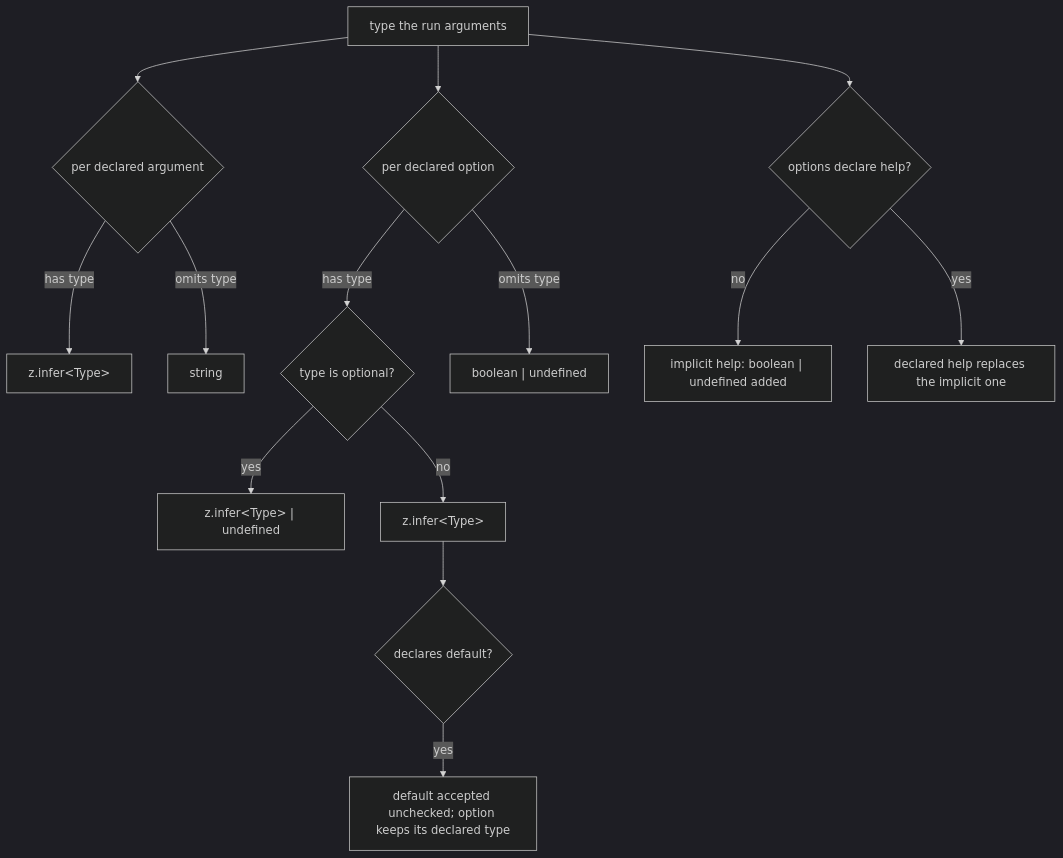
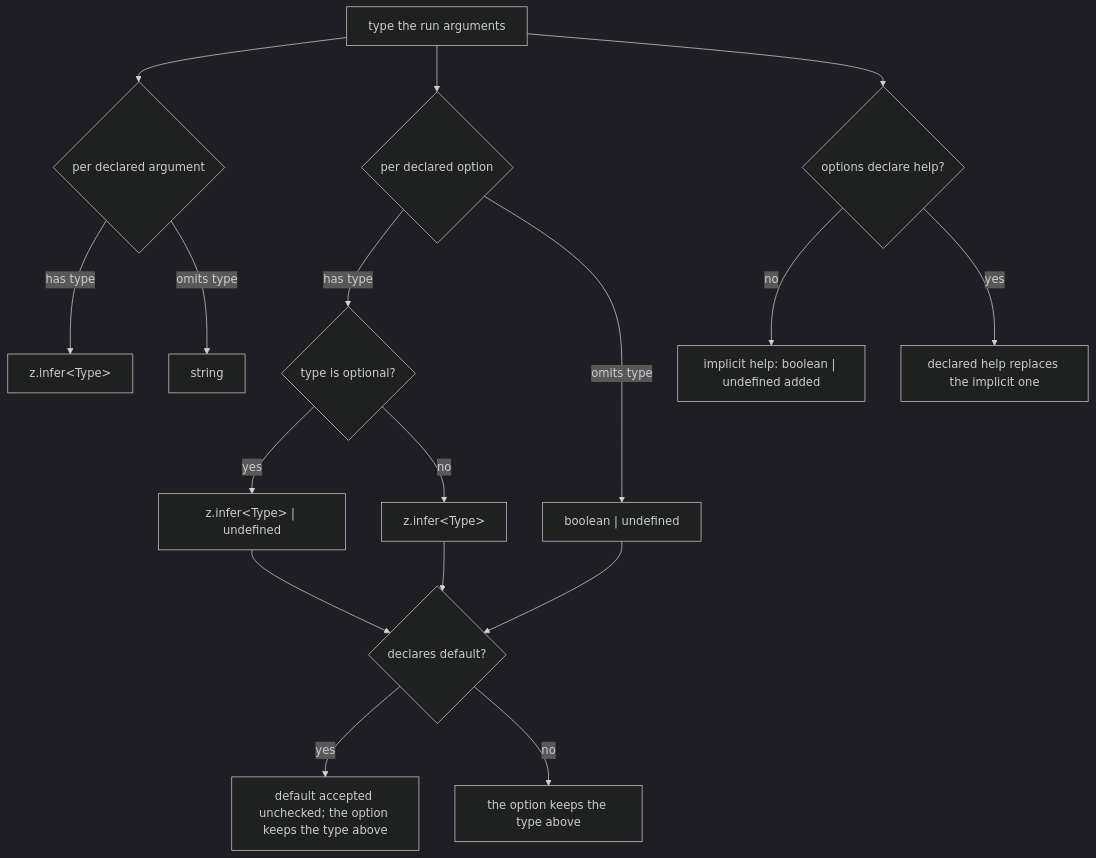
Before and after one commit to clibuilder/clibuilder: the second of 3 diagrams in packages/clibuilder/.agents/spec/command-definition/README.md, drawn with Mermaid (dark theme). The commit also changed other lines of this file and 1 other file, not shown here.

First line of the commit message:
docs(clibuilder): bind command-definition's UC2 and default check to drawn edges

````diff
--- a/packages/clibuilder/.agents/spec/command-definition/README.md
+++ b/packages/clibuilder/.agents/spec/command-definition/README.md
@@ -149,16 +155,19 @@
 ```mermaid
 graph TD
   ARGS[type the run arguments] --> A{per declared argument}
   A -- has type --> A1["z.infer&lt;Type&gt;"]
   A -- omits type --> A2[string]
   ARGS --> O{per declared option}
   O -- has type --> O1{"type is optional?"}
   O1 -- yes --> O1a["z.infer&lt;Type&gt; | undefined"]
   O1 -- no --> O1b["z.infer&lt;Type&gt;"]
   O -- omits type --> O2["boolean | undefined"]
-  O1b --> DF{declares default?}
-  DF -- yes --> DF1["default accepted unchecked; option keeps its declared type"]
+  O1a --> DF{declares default?}
+  O1b --> DF
+  O2 --> DF
+  DF -- yes --> DF1["default accepted unchecked; the option keeps the type above"]
+  DF -- no --> DF2["the option keeps the type above"]
   ARGS --> H{options declare help?}
   H -- no --> H1["implicit help: boolean | undefined added"]
   H -- yes --> H2[declared help replaces the implicit one]
 ```
````
